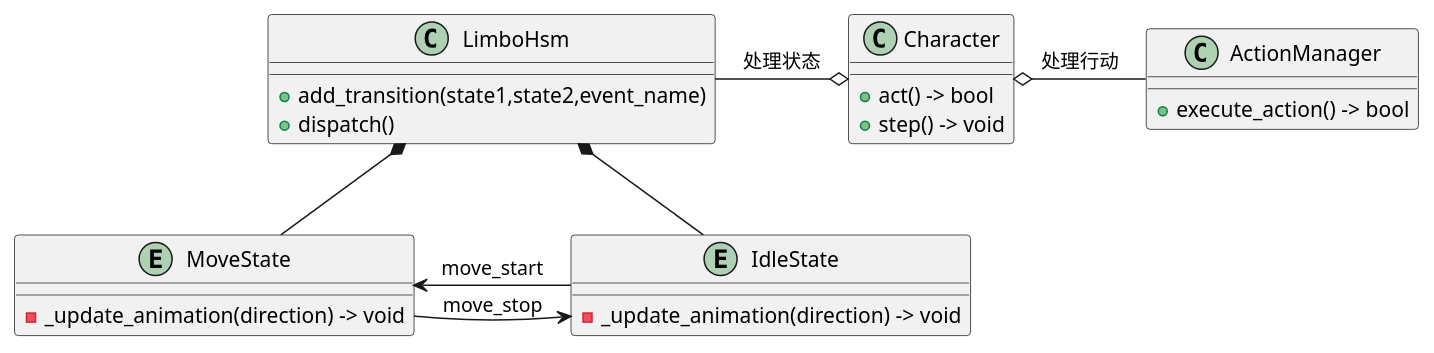
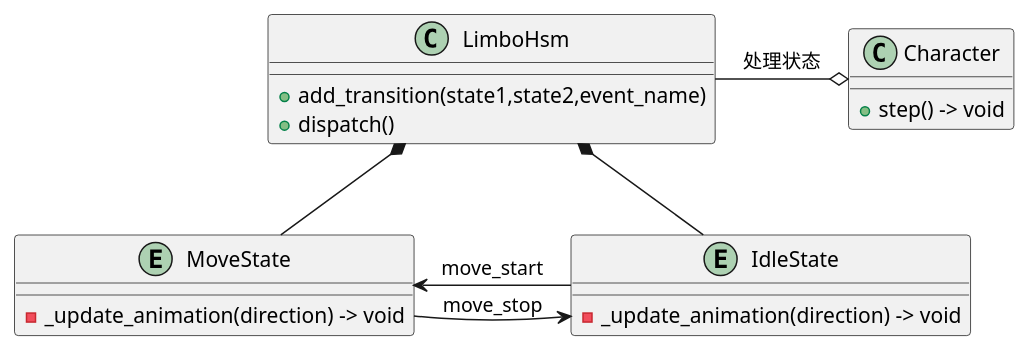
Before and after one commit to minkieyume/nightcat-srpg: the first of 2 diagrams in 程序架构/角色类.org, drawn with PlantUML. The commit also changed other lines of this file and 5 other files, not shown here.

```diff
--- a/程序架构/角色类.org
+++ b/程序架构/角色类.org
@@ -4,28 +4,22 @@
 #+begin_src plantuml :file character_struct.png
 class Character{
-+ act() -> bool
 + step() -> void
-}
-
-class ActionManager{
-+ execute_action() -> bool
 }
 
 class LimboHsm{
 + add_transition(state1,state2,event_name)
 + dispatch()
 }
 entity IdleState{
 - _update_animation(direction) -> void
 }
 entity MoveState{
 - _update_animation(direction) -> void
 }
 
-Character o-right- ActionManager : 处理行动
 Character o-left- LimboHsm : 处理状态
 IdleState -up-* LimboHsm
 MoveState -up-* LimboHsm
 IdleState -left-> MoveState : move_start
 MoveState -right-> IdleState : move_stop
 #+end_src
```
